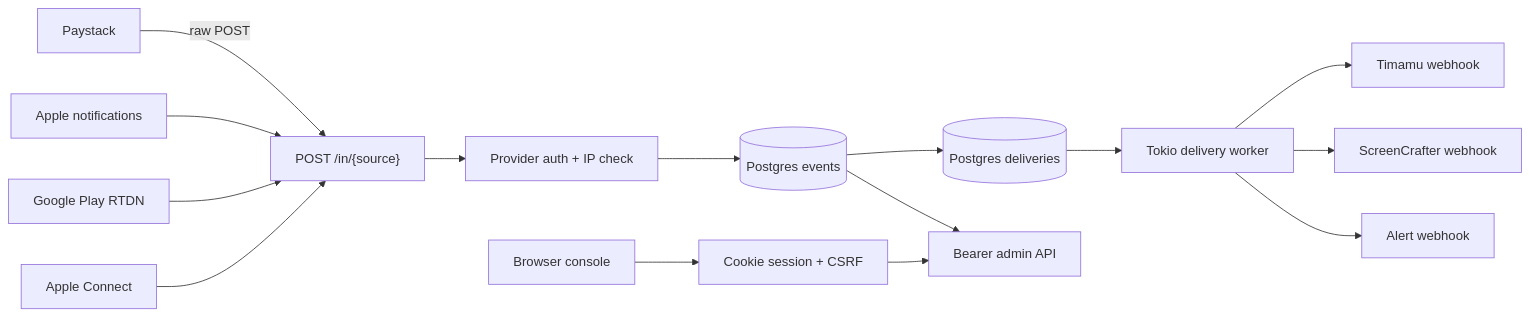
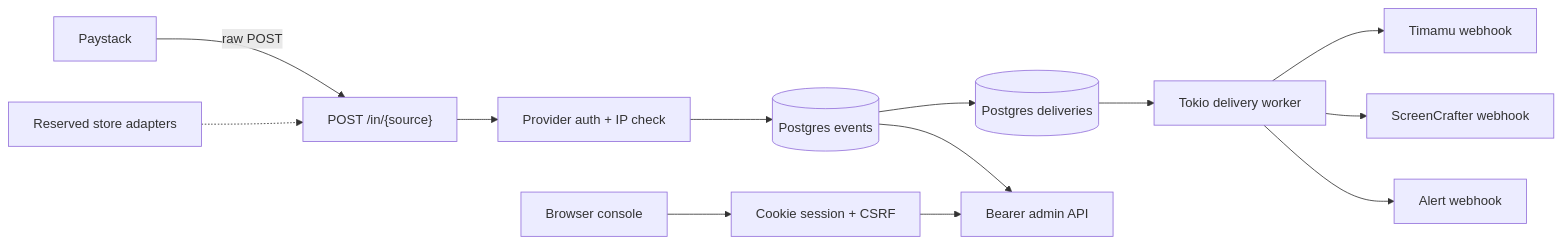
One commit to vant-labs/paystack-fanout changed the diagram in README.md. Above: the diagram before and after it, drawn with Mermaid. The commit also changed other lines of this file and 11 other files, not shown here.

````diff
--- a/README.md
+++ b/README.md
@@ -13,17 +13,15 @@
 ```mermaid
 flowchart LR
     P[Paystack] -->|raw POST| I["POST /in/{source}"]
-    AS[Apple notifications] --> I
-    GP[Google Play RTDN] --> I
-    AC[Apple Connect] --> I
+    AS[Reserved store adapters] -.-> I
     I --> V[Provider auth + IP check]
     V --> D[(Postgres events)]
     D --> Q[(Postgres deliveries)]
     Q --> W[Tokio delivery worker]
     W --> T[Timamu webhook]
     W --> S[ScreenCrafter webhook]
     W --> A[Alert webhook]
     D --> AD[Bearer admin API]
     B[Browser console] --> H[Cookie session + CSRF]
     H --> AD
 ```
````
